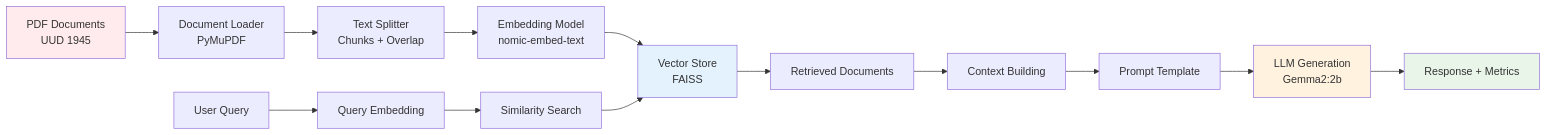
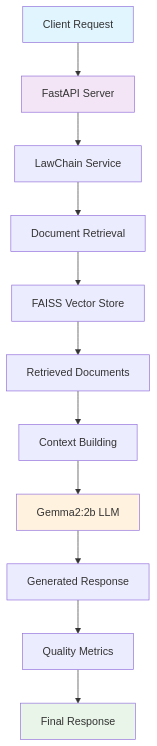
Before and after one commit to Hidayattt24/be-lawchain: the diagram in README.md, drawn with Mermaid. The commit also changed other lines of this file, not shown here.

````diff
--- a/README.md
+++ b/README.md
@@ -317,21 +86,18 @@
 ```mermaid
-graph LR
-    A[PDF Documents<br/>UUD 1945] --> B[Document Loader<br/>PyMuPDF]
-    B --> C[Text Splitter<br/>Chunks + Overlap]
-    C --> D[Embedding Model<br/>nomic-embed-text]
-    D --> E[Vector Store<br/>FAISS]
-
-    F[User Query] --> G[Query Embedding]
-    G --> H[Similarity Search]
-    H --> E
-    E --> I[Retrieved Documents]
-    I --> J[Context Building]
-    J --> K[Prompt Template]
-    K --> L[LLM Generation<br/>Gemma2:2b]
-    L --> M[Response + Metrics]
-
-    style A fill:#ffebee
-    style E fill:#e3f2fd
-    style L fill:#fff3e0
-    style M fill:#e8f5e8
+graph TB
+    A[Client Request] --> B[FastAPI Server]
+    B --> C[LawChain Service]
+    C --> D[Document Retrieval]
+    D --> E[FAISS Vector Store]
+    E --> F[Retrieved Documents]
+    F --> G[Context Building]
+    G --> H[Gemma2:2b LLM]
+    H --> I[Generated Response]
+    I --> J[Quality Metrics]
+    J --> K[Final Response]
+    
+    style A fill:#e1f5fe
+    style B fill:#f3e5f5
+    style H fill:#fff3e0
+    style K fill:#e8f5e8
 ```
````
